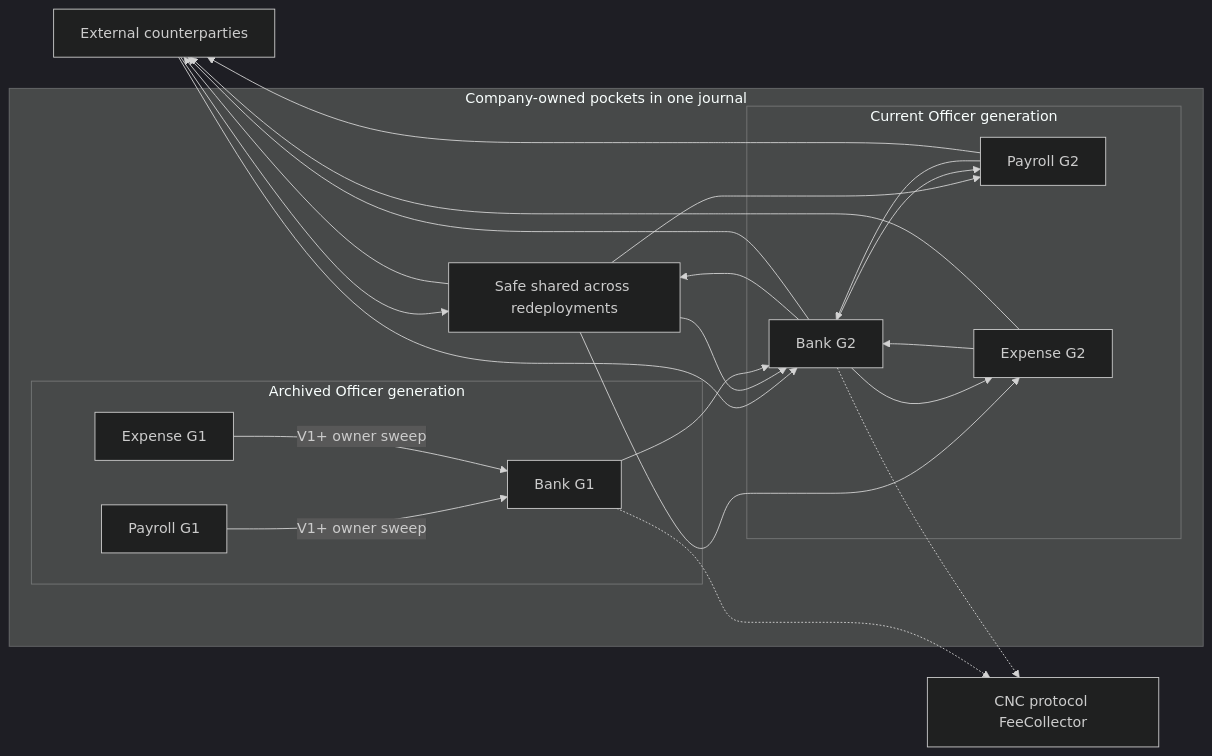
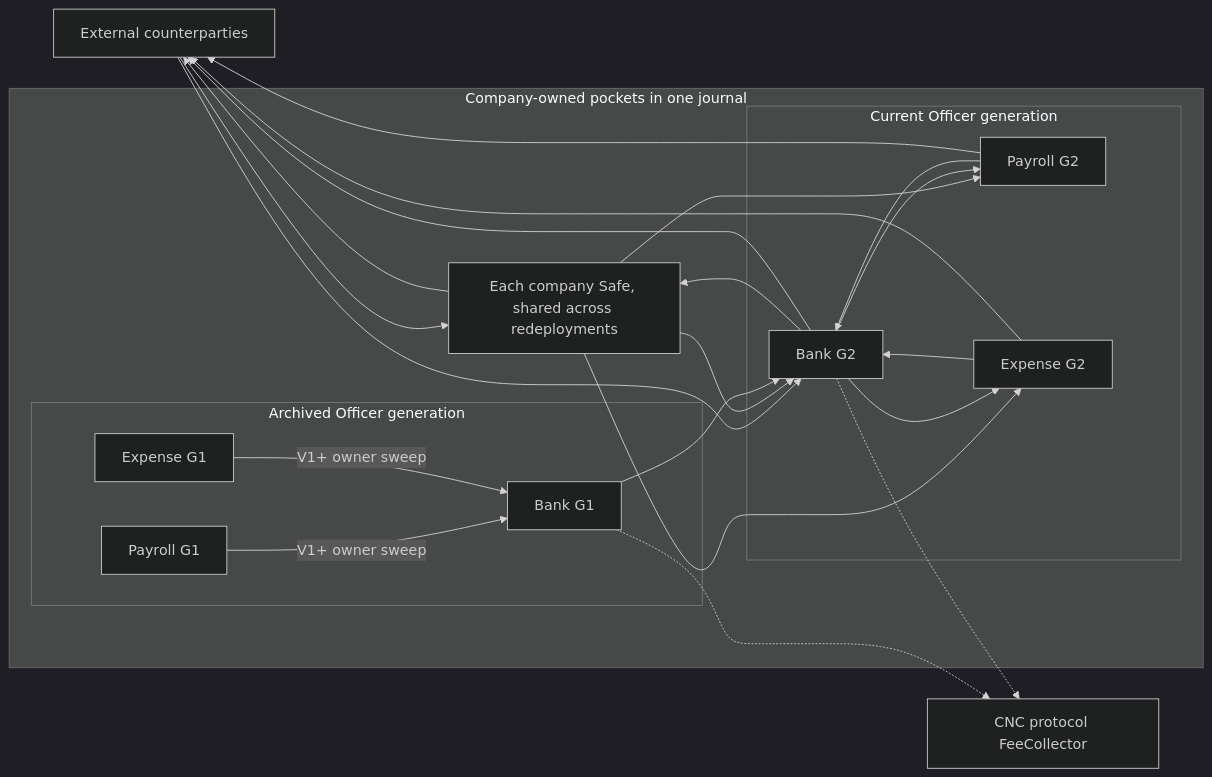
Before and after one commit to globe-and-citizen/cnc-portal: the second of 8 diagrams in docs/implementation/accounting-read-model/README.md, drawn with Mermaid (dark theme). The commit also changed other lines of this file and 3 other files, not shown here.

````diff
--- a/docs/implementation/accounting-read-model/README.md
+++ b/docs/implementation/accounting-read-model/README.md
@@ -238,41 +238,41 @@
 ```mermaid
 flowchart LR
     external[External counterparties]
     feeCollector[CNC protocol FeeCollector]
 
     subgraph books[Company-owned pockets in one journal]
-        safe[Safe shared across redeployments]
+        safe[Each company Safe, shared across redeployments]
 
         subgraph archived[Archived Officer generation]
             oldBank[Bank G1]
             oldPayroll[Payroll G1]
             oldExpense[Expense G1]
         end
 
         subgraph current[Current Officer generation]
             bank[Bank G2]
             payroll[Payroll G2]
             expense[Expense G2]
         end
     end
 
     external --> safe
     external --> bank
     safe --> bank
     safe --> payroll
     safe --> expense
     bank --> safe
     bank --> payroll
     bank --> expense
     payroll --> bank
     expense --> bank
     oldPayroll -->|V1+ owner sweep| oldBank
     oldExpense -->|V1+ owner sweep| oldBank
     oldBank --> bank
     safe --> external
     bank --> external
     payroll --> external
     expense --> external
     bank -.-> feeCollector
     oldBank -.-> feeCollector
 ```
````
